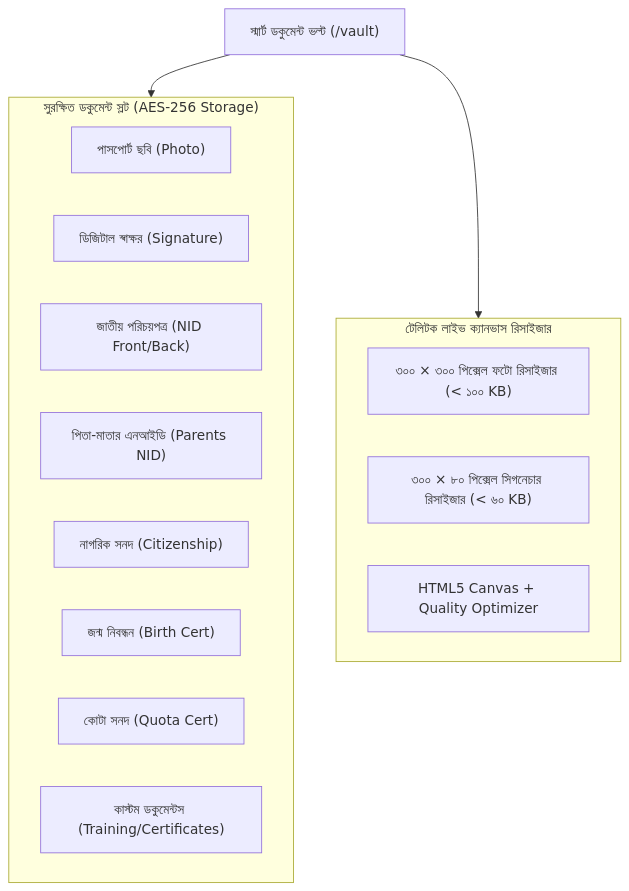
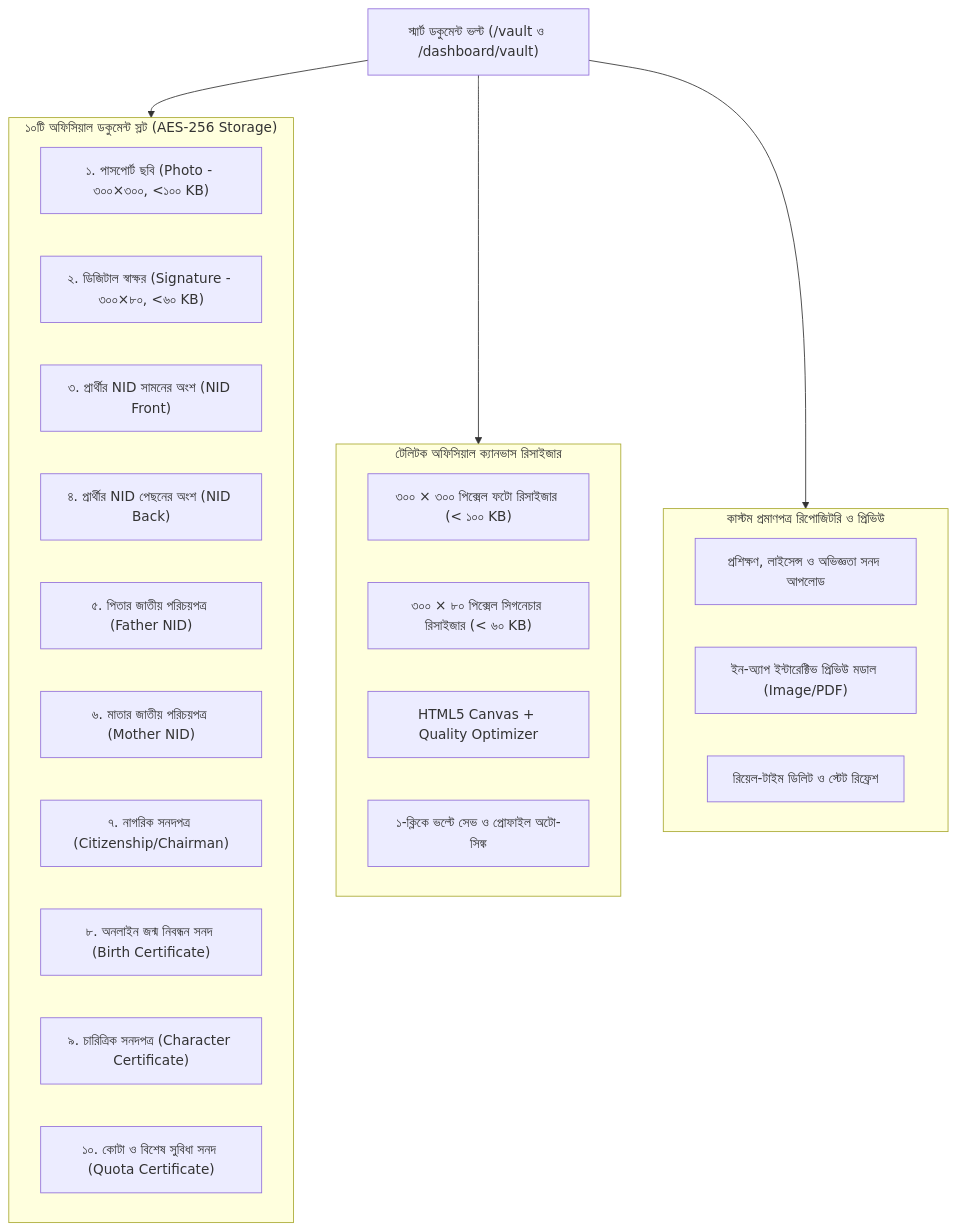
One commit to mdleon5700/shebabondu changed the third of 4 diagrams in docs/CANDIDATE_PORTAL_PAGES_AND_FUNCTIONS_GUIDE.md. Above: the diagram before and after it, drawn with Mermaid. The commit also changed other lines of this file and 5 other files, not shown here.

Commit message:
feat(cluster4): audit and enhance smart document vault with 10 slots and canvas resizer

````diff
--- a/docs/CANDIDATE_PORTAL_PAGES_AND_FUNCTIONS_GUIDE.md
+++ b/docs/CANDIDATE_PORTAL_PAGES_AND_FUNCTIONS_GUIDE.md
@@ -251,24 +252,34 @@
 ```mermaid
 flowchart TD
-    Vault["স্মার্ট ডকুমেন্ট ভল্ট (/vault)"]
+    Vault["স্মার্ট ডকুমেন্ট ভল্ট (/vault ও /dashboard/vault)"]
     
-    subgraph Storage ["সুরক্ষিত ডকুমেন্ট স্লট (AES-256 Storage)"]
-        S1["পাসপোর্ট ছবি (Photo)"]
-        S2["ডিজিটাল স্বাক্ষর (Signature)"]
-        S3["জাতীয় পরিচয়পত্র (NID Front/Back)"]
-        S4["পিতা-মাতার এনআইডি (Parents NID)"]
-        S5["নাগরিক সনদ (Citizenship)"]
-        S6["জন্ম নিবন্ধন (Birth Cert)"]
-        S7["কোটা সনদ (Quota Cert)"]
-        S8["কাস্টম ডকুমেন্টস (Training/Certificates)"]
+    subgraph Storage ["১০টি অফিসিয়াল ডকুমেন্ট স্লট (AES-256 Storage)"]
+        S1["১. পাসপোর্ট ছবি (Photo - ৩০০×৩০০, <১০০ KB)"]
+        S2["২. ডিজিটাল স্বাক্ষর (Signature - ৩০০×৮০, <৬০ KB)"]
+        S3["৩. প্রার্থীর NID সামনের অংশ (NID Front)"]
+        S4["৪. প্রার্থীর NID পেছনের অংশ (NID Back)"]
+        S5["৫. পিতার জাতীয় পরিচয়পত্র (Father NID)"]
+        S6["৬. মাতার জাতীয় পরিচয়পত্র (Mother NID)"]
+        S7["৭. নাগরিক সনদপত্র (Citizenship/Chairman)"]
+        S8["৮. অনলাইন জন্ম নিবন্ধন সনদ (Birth Certificate)"]
+        S9["৯. চারিত্রিক সনদপত্র (Character Certificate)"]
+        S10["১০. কোটা ও বিশেষ সুবিধা সনদ (Quota Certificate)"]
     end
 
-    subgraph Resizer ["টেলিটক লাইভ ক্যানভাস রিসাইজার"]
+    subgraph Resizer ["টেলিটক অফিসিয়াল ক্যানভাস রিসাইজার"]
         R_Photo["৩০০ × ৩০০ পিক্সেল ফটো রিসাইজার (< ১০০ KB)"]
         R_Sig["৩০০ × ৮০ পিক্সেল সিগনেচার রিসাইজার (< ৬০ KB)"]
         R_Canvas["HTML5 Canvas + Quality Optimizer"]
+        R_Save["১-ক্লিকে ভল্টে সেভ ও প্রোফাইল অটো-সিঙ্ক"]
+    end
+
+    subgraph CustomRepo ["কাস্টম প্রমাণপত্র রিপোজিটরি ও প্রিভিউ"]
+        C1["প্রশিক্ষণ, লাইসেন্স ও অভিজ্ঞতা সনদ আপলোড"]
+        C2["ইন-অ্যাপ ইন্টারেক্টিভ প্রিভিউ মডাল (Image/PDF)"]
+        C3["রিয়েল-টাইম ডিলিট ও স্টেট রিফ্রেশ"]
     end
 
     Vault --> Storage
     Vault --> Resizer
+    Vault --> CustomRepo
 ```
````
